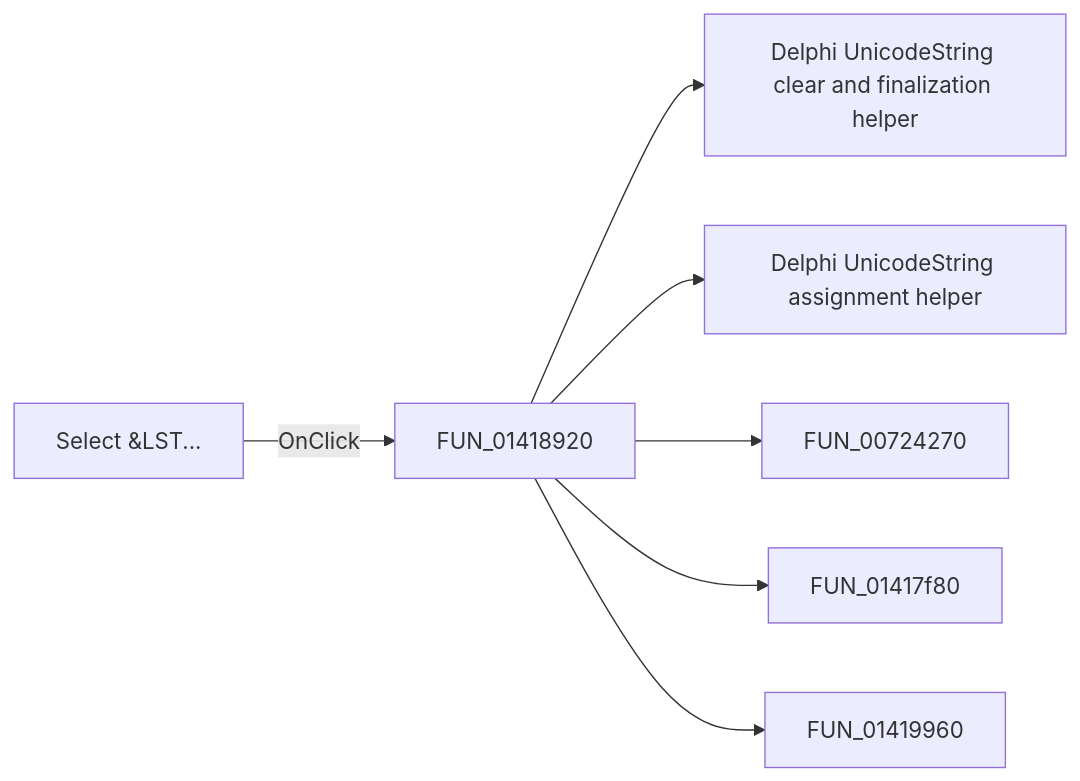
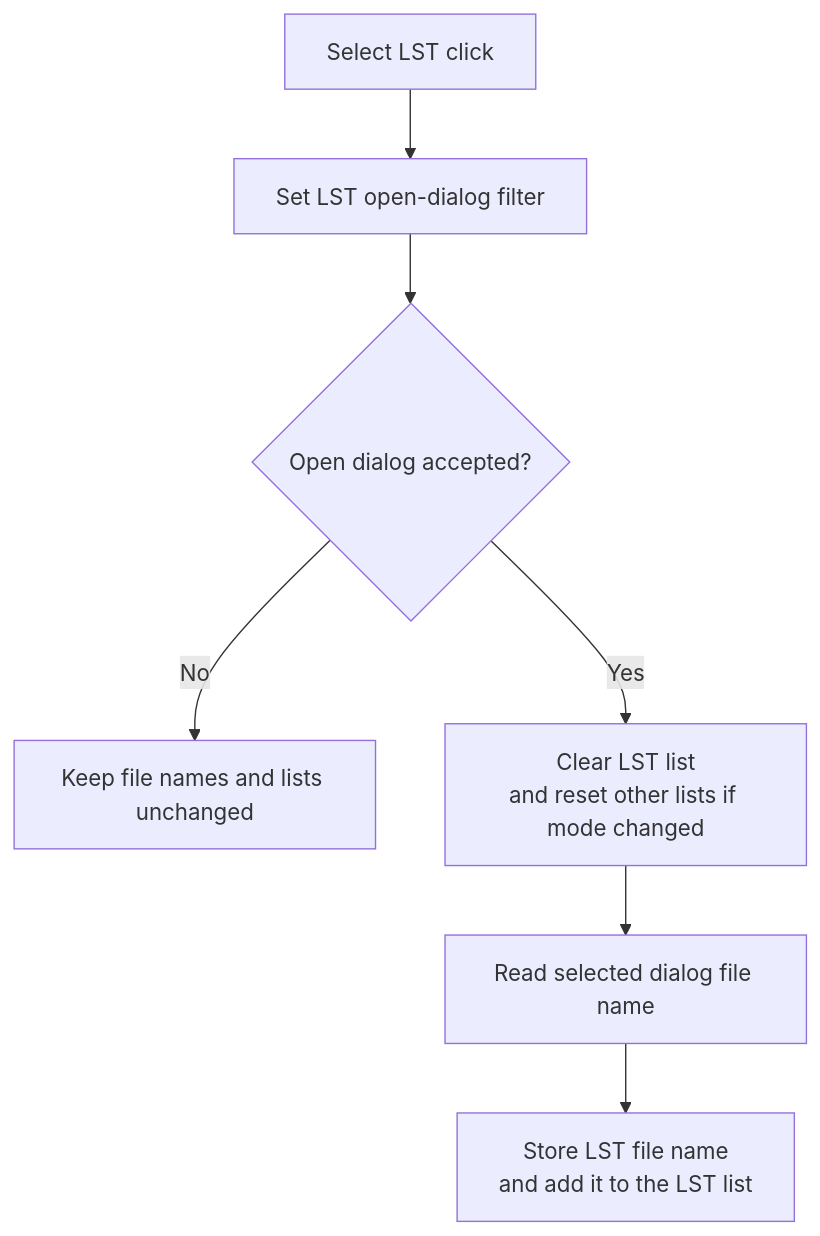
One commit to MovGP0/TIARA changed the diagram in docs/ui-controls/mcuasmselector/bselectlst-0f7ad6887a.md. Above: the diagram before and after it, drawn with Mermaid. The commit also changed other lines of this file and 1062 other files, not shown here.

````diff
--- a/docs/ui-controls/mcuasmselector/bselectlst-0f7ad6887a.md
+++ b/docs/ui-controls/mcuasmselector/bselectlst-0f7ad6887a.md
@@ -27,9 +29,9 @@
 ```mermaid
-flowchart LR
-    control["Select &LST..."] -->|OnClick| handler["FUN_01418920"]
-    handler --> call1["Delphi UnicodeString clear and finalization helper"]
-    handler --> call2["Delphi UnicodeString assignment helper"]
-    handler --> call3["FUN_00724270"]
-    handler --> call4["FUN_01417f80"]
-    handler --> call5["FUN_01419960"]
+flowchart TD
+    Control["Select LST click"] --> Filter["Set LST open-dialog filter"]
+    Filter --> Dialog{"Open dialog accepted?"}
+    Dialog -->|No| NoChange["Keep file names and lists unchanged"]
+    Dialog -->|Yes| Clear["Clear LST list<br/>and reset other lists if mode changed"]
+    Clear --> Read["Read selected dialog file name"]
+    Read --> Store["Store LST file name<br/>and add it to the LST list"]
 ```
````
